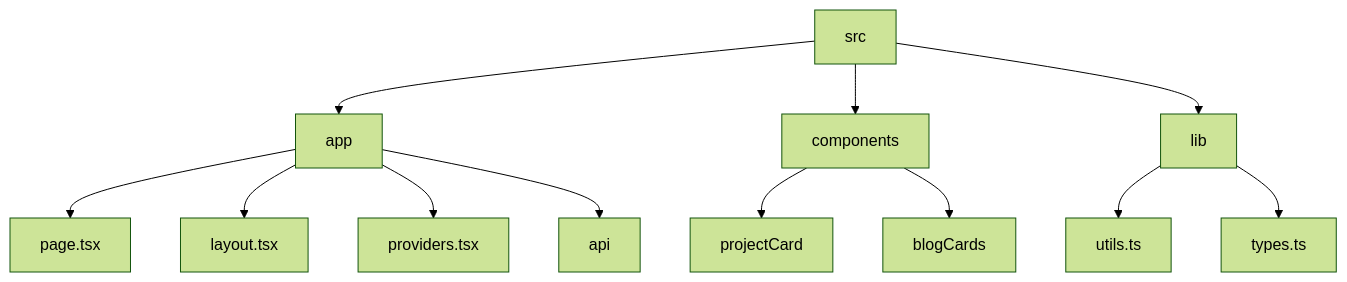
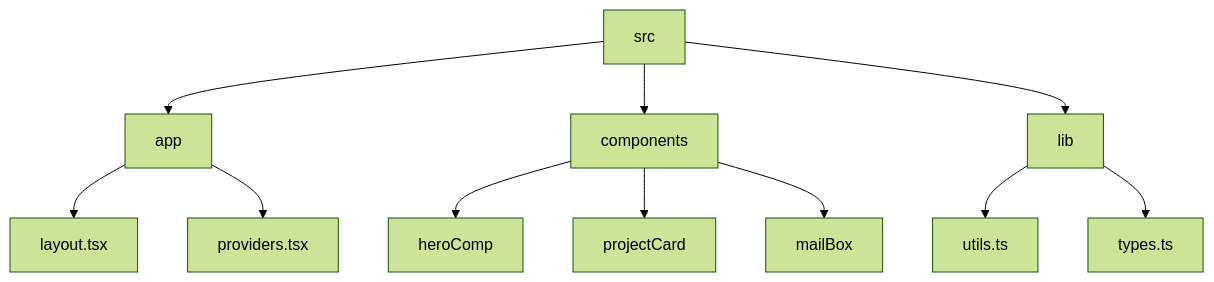
The diagram in README.md (abhraneeldhar7/portfolio), drawn with Mermaid (forest theme) before and after one commit. The commit also changed other lines of this file, not shown here.

````diff
--- a/README.md
+++ b/README.md
@@ -30,14 +25,13 @@
 ```mermaid
 graph TD;
   src-->app;
   src-->components;
   src-->lib;
-  app-->page.tsx;
+  components-->heroComp;
+  components-->projectCard;
+  components-->mailBox;
   app-->layout.tsx;
   app-->providers.tsx;
-  app-->api;
-  components-->projectCard;
-  components-->blogCards;
   lib-->utils.ts;
   lib-->types.ts;
 ```
````
